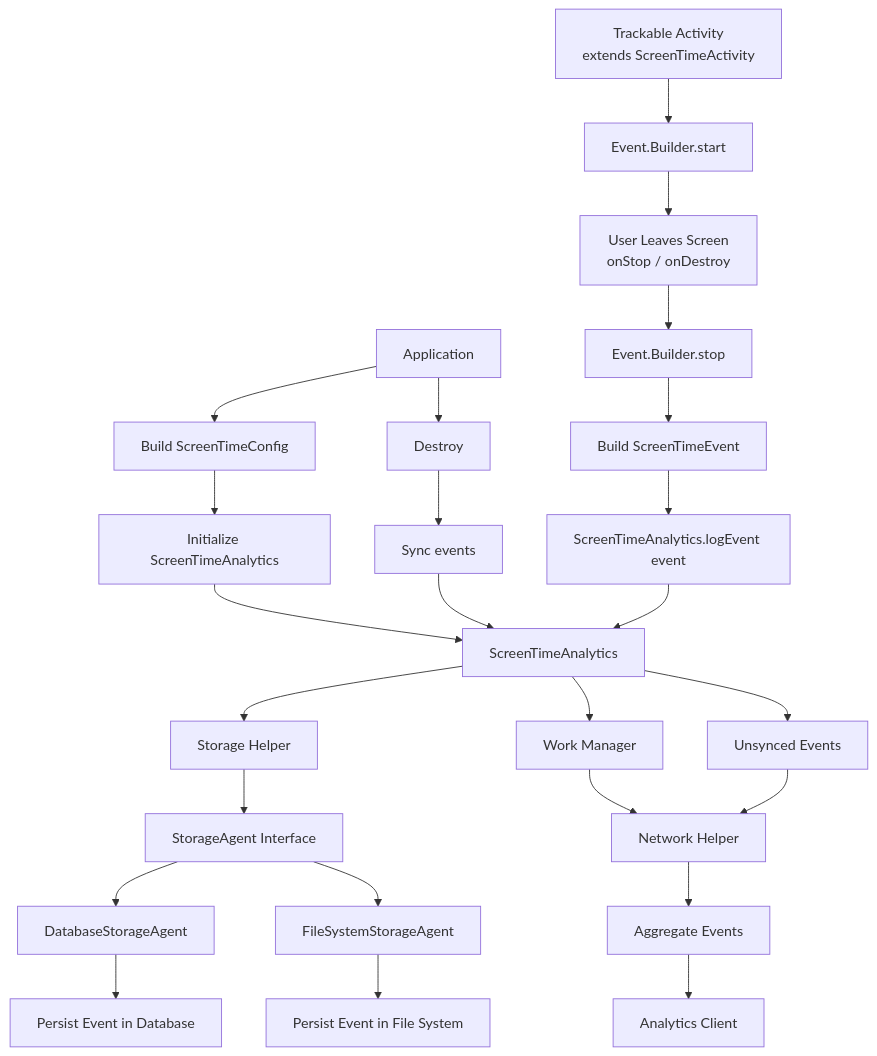
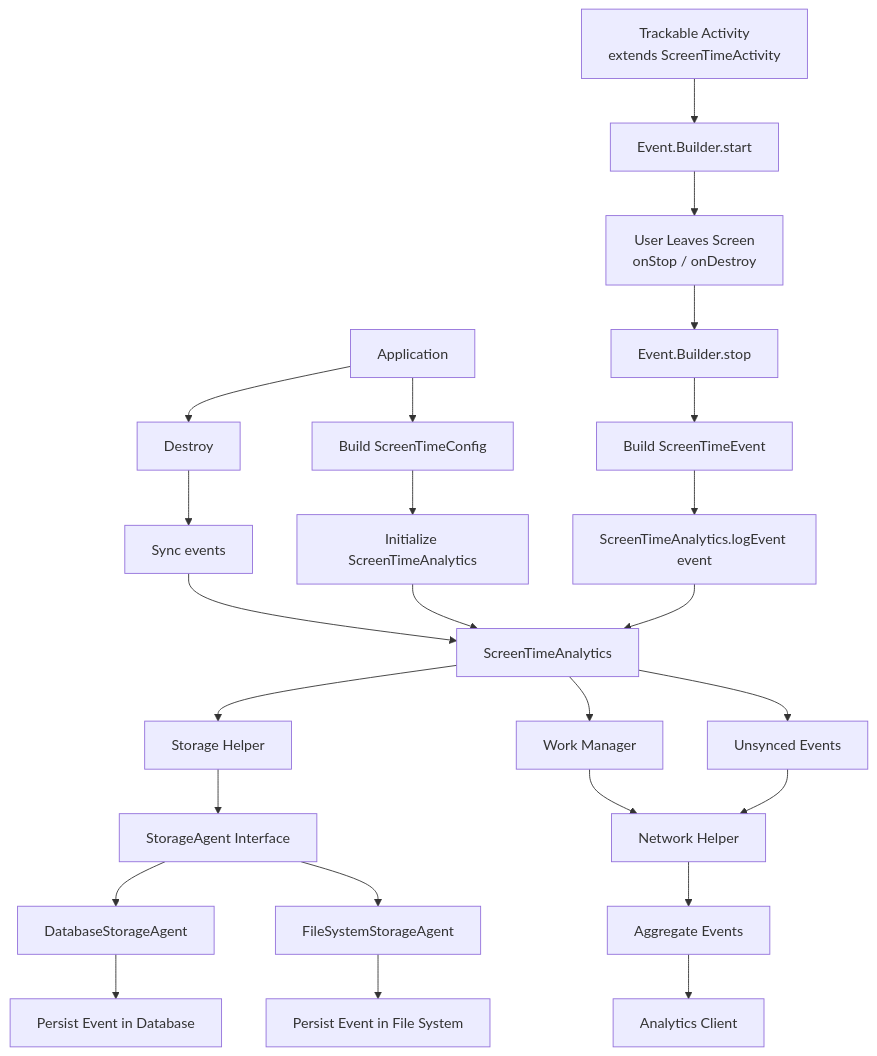
One commit to ToshikaBadjatya/ScreenTimeAnalytics changed the diagram in README.md. Above: the diagram before and after it, drawn with Mermaid. The commit also changed 12 other files, not shown here.

````diff
--- a/README.md
+++ b/README.md
@@ -32,40 +32,41 @@
 ```mermaid
 graph TD
+    
+    %% App Destroy
+    A --> X[Destroy]
+    X --> Y[Sync events]
+    Y --> G
     %% App Initialization
     A[Application] --> E[Build ScreenTimeConfig]
     E --> F[Initialize ScreenTimeAnalytics]
     F --> G[ScreenTimeAnalytics]
-    
-    A --> X[Destroy]
-    X --> Y[Sync events]
-    Y --> G
 
     %% Activity Tracking
     H[Trackable Activity<br/>extends ScreenTimeActivity]
     H --> I[Event.Builder.start]
     I --> K[User Leaves Screen<br/>onStop / onDestroy]
     K --> L[Event.Builder.stop]
     L --> M[Build ScreenTimeEvent]
 
     %% Logging Flow
     M --> N[ScreenTimeAnalytics.logEvent event]
     N --> G
 
     %% Storage Abstraction
     G --> O[Storage Helper]
     O --> P[StorageAgent Interface]
     P --> Q[DatabaseStorageAgent]
     P --> R[FileSystemStorageAgent]
 
     %% Persistence
     Q --> S[Persist Event in Database]
     R --> T[Persist Event in File System]
 
     %% Network Abstraction
     G --> U[Work Manager]
     U --> V[Network Helper]
     G --> W[Unsynced Events]
     W --> V
     V --> Z[Aggregate Events]
     Z --> ZZ[Analytics Client]
 ``` 
````
